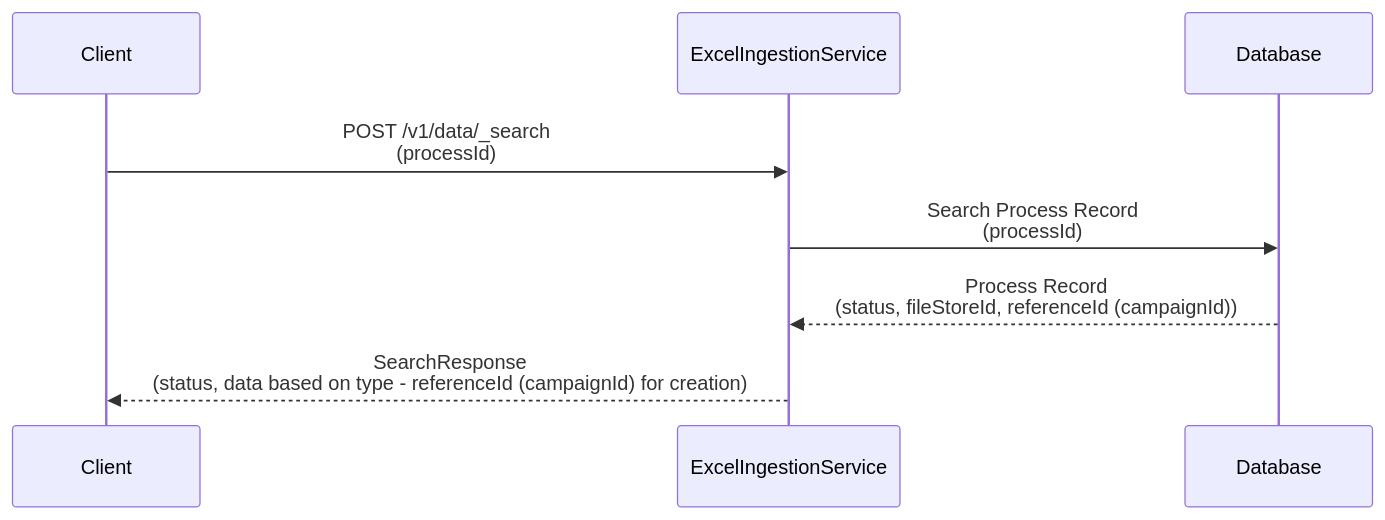
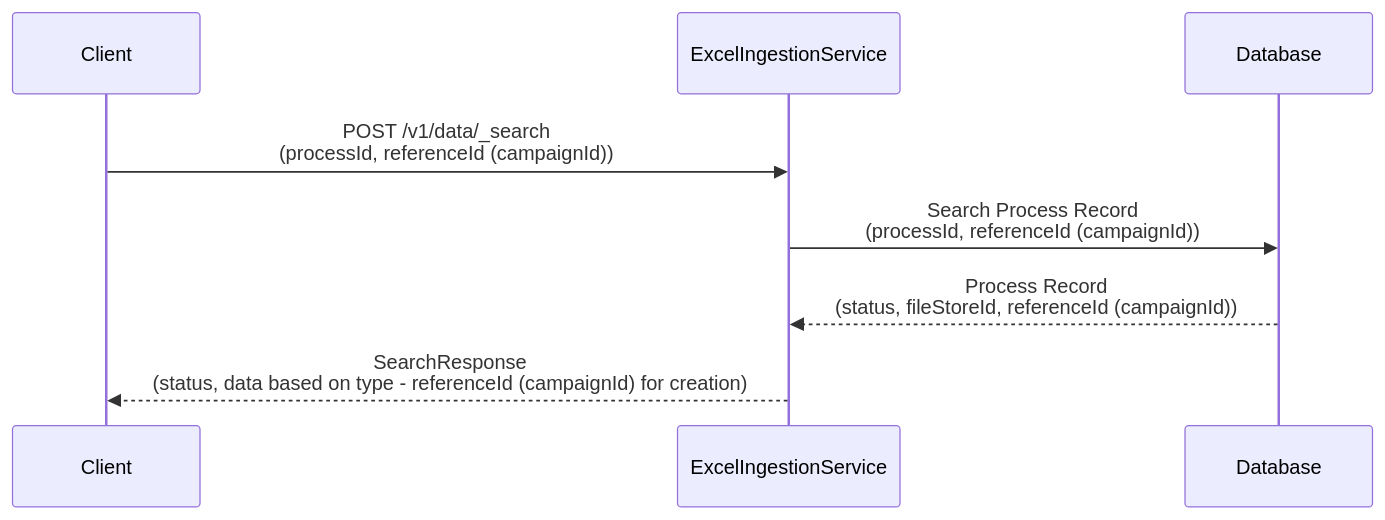
The fifth of 5 diagrams in tempDesign.md (ashish-egov/campaign-whole-sheet-ingestion), drawn with Mermaid before and after one commit. The commit also changed other lines of this file, not shown here.

````diff
--- a/tempDesign.md
+++ b/tempDesign.md
@@ -169,13 +169,13 @@
 ```mermaid
 sequenceDiagram
     participant Client
     participant ExcelIngestionService
     participant Database
     
-    Client->>ExcelIngestionService: POST /v1/data/_search<br/>(processId)
+    Client->>ExcelIngestionService: POST /v1/data/_search<br/>(processId, referenceId (campaignId))
     
-    ExcelIngestionService->>Database: Search Process Record<br/>(processId)
+    ExcelIngestionService->>Database: Search Process Record<br/>(processId, referenceId (campaignId))
     Database-->>ExcelIngestionService: Process Record<br/>(status, fileStoreId, referenceId (campaignId))
     
     ExcelIngestionService-->>Client: SearchResponse<br/>(status, data based on type - referenceId (campaignId) for creation)
 ```
````
